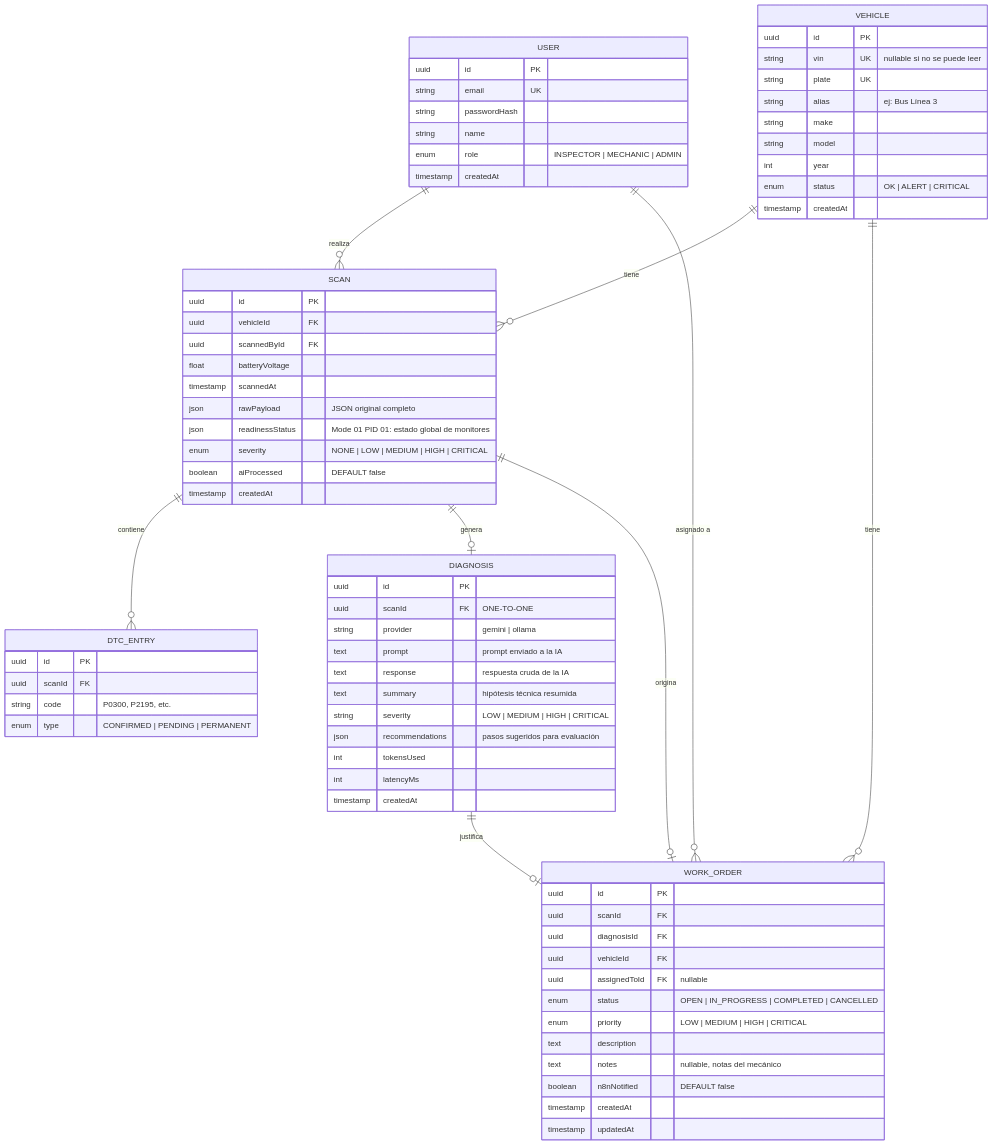
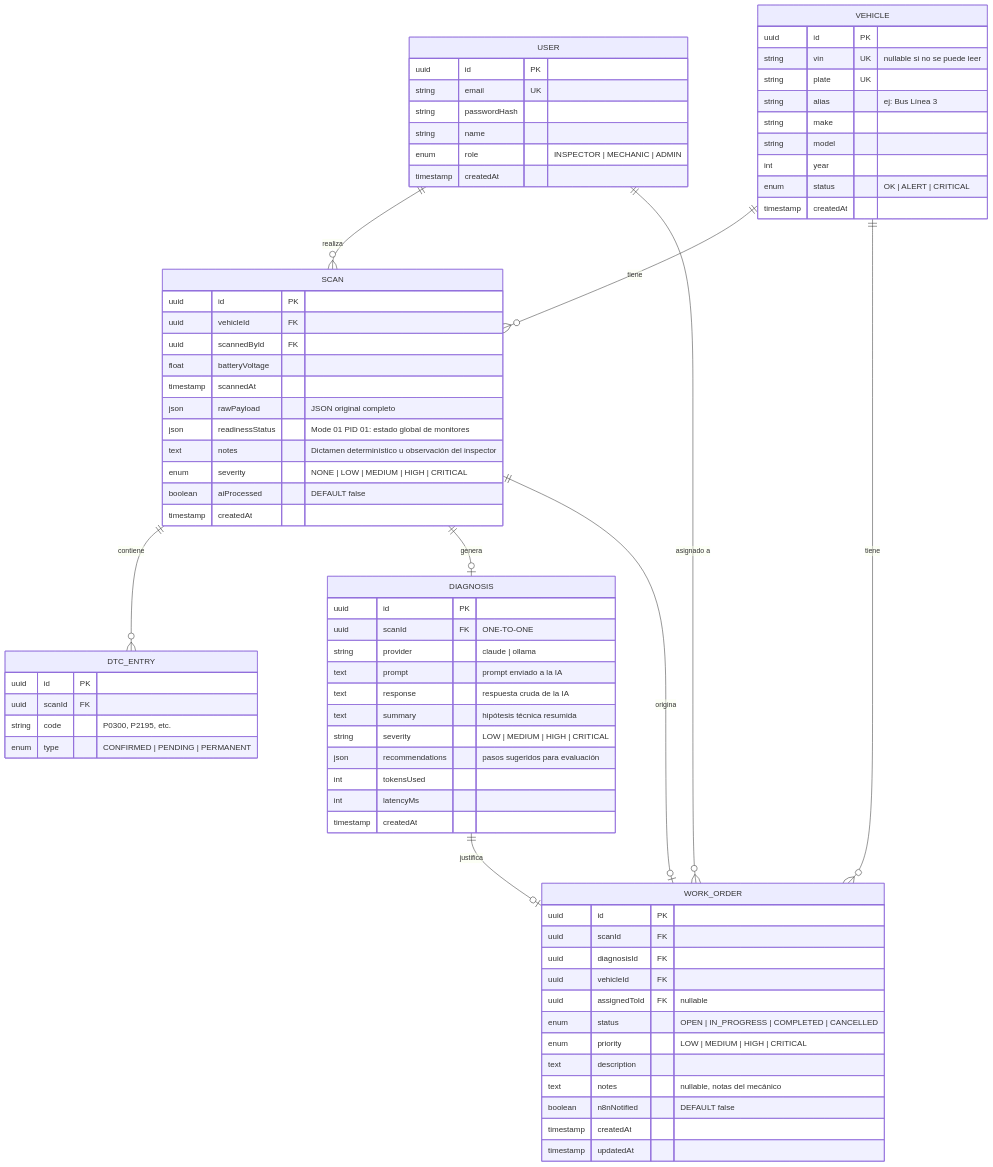
Before and after one commit to josuecova2708/taller-backend: the second of 4 diagrams in plan.md, drawn with Mermaid. The commit also changed other lines of this file and 28 other files, not shown here.

````diff
--- a/plan.md
+++ b/plan.md
@@ -140,81 +247,82 @@
 ```mermaid
 erDiagram
     USER {
         uuid id PK
         string email UK
         string passwordHash
         string name
         enum role "INSPECTOR | MECHANIC | ADMIN"
         timestamp createdAt
     }
 
     VEHICLE {
         uuid id PK
         string vin UK "nullable si no se puede leer"
         string plate UK
         string alias "ej: Bus Línea 3"
         string make
         string model
         int year
         enum status "OK | ALERT | CRITICAL"
         timestamp createdAt
     }
 
     SCAN {
         uuid id PK
         uuid vehicleId FK
         uuid scannedById FK
         float batteryVoltage
         timestamp scannedAt
         json rawPayload "JSON original completo"
         json readinessStatus "Mode 01 PID 01: estado global de monitores"
+        text notes "Dictamen determinístico u observación del inspector"
         enum severity "NONE | LOW | MEDIUM | HIGH | CRITICAL"
         boolean aiProcessed "DEFAULT false"
         timestamp createdAt
     }
 
     DTC_ENTRY {
         uuid id PK
         uuid scanId FK
         string code "P0300, P2195, etc."
         enum type "CONFIRMED | PENDING | PERMANENT"
     }
 
     DIAGNOSIS {
         uuid id PK
         uuid scanId FK "ONE-TO-ONE"
-        string provider "gemini | ollama"
+        string provider "claude | ollama"
         text prompt "prompt enviado a la IA"
         text response "respuesta cruda de la IA"
         text summary "hipótesis técnica resumida"
         string severity "LOW | MEDIUM | HIGH | CRITICAL"
         json recommendations "pasos sugeridos para evaluación"
         int tokensUsed
         int latencyMs
         timestamp createdAt
     }
 
     WORK_ORDER {
         uuid id PK
         uuid scanId FK
         uuid diagnosisId FK
         uuid vehicleId FK
         uuid assignedToId FK "nullable"
         enum status "OPEN | IN_PROGRESS | COMPLETED | CANCELLED"
         enum priority "LOW | MEDIUM | HIGH | CRITICAL"
         text description
         text notes "nullable, notas del mecánico"
         boolean n8nNotified "DEFAULT false"
         timestamp createdAt
         timestamp updatedAt
     }
 
     USER ||--o{ SCAN : "realiza"
     VEHICLE ||--o{ SCAN : "tiene"
     SCAN ||--o{ DTC_ENTRY : "contiene"
     SCAN ||--o| DIAGNOSIS : "genera"
     SCAN ||--o| WORK_ORDER : "origina"
     DIAGNOSIS ||--o| WORK_ORDER : "justifica"
     VEHICLE ||--o{ WORK_ORDER : "tiene"
     USER ||--o{ WORK_ORDER : "asignado a"
 ```
````
